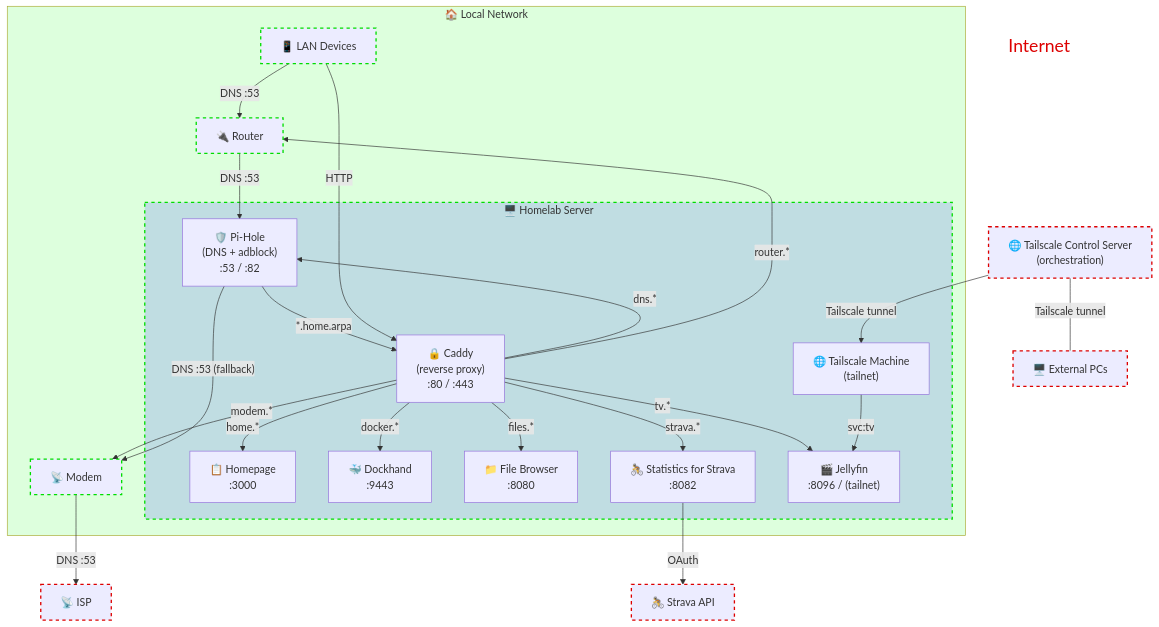
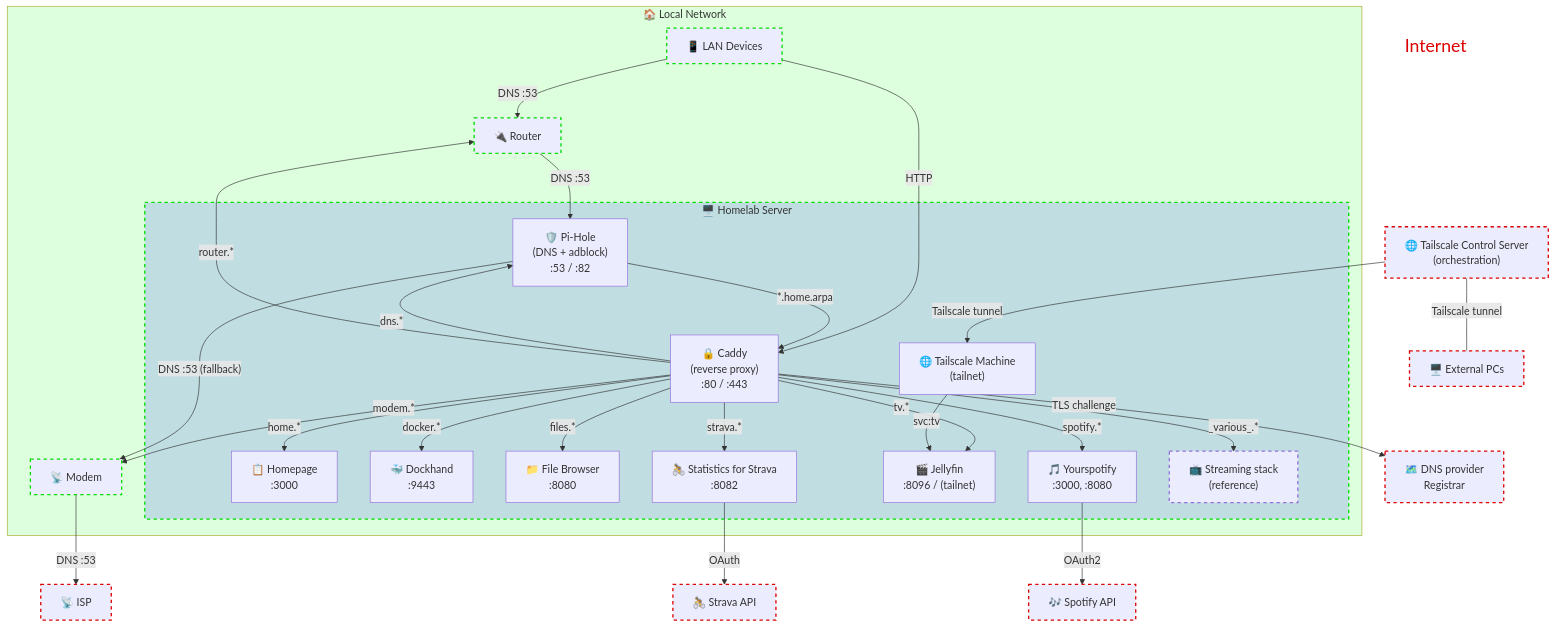
Before and after one commit to vis4rd/homelab: the diagram in README.md, drawn with Mermaid. The commit also changed other lines of this file and 1 other file, not shown here.

Commit message:
Write docs about wireguard tunnel setup (client side)

````diff
--- a/README.md
+++ b/README.md
@@ -17,68 +23,79 @@
 ```mermaid
 graph TB
     FreeLabel["Internet"]:::invisible
 
     ExtPC["🖥️ External PCs"]
     Strava_API["🚴 Strava API"]
     Tailscale_Server["🌐 Tailscale Control Server<br/>(orchestration)"]
     ISP["📡 ISP"]
+    DNSSP["🗺️ DNS provider<br/>Registrar"]
+    Spotify_API["🎶 Spotify API"]
 
     subgraph LAN["🏠 Local Network"]
         Router["🔌 Router"]
         Modem["📡 Modem"]
         LAN_Devices["📱 LAN Devices"]
 
         subgraph Host["🖥️ Homelab Server"]
             Caddy["🔒 Caddy<br/>(reverse proxy)<br/>:80 / :443"]
             Homepage["📋 Homepage<br/>:3000"]
             PiHole["🛡️ Pi-Hole<br/>(DNS + adblock)<br/>:53 / :82"]
             Dockhand["🐳 Dockhand<br/>:9443"]
             Filebrowser["📁 File Browser<br/>:8080"]
             SFS["🚴 Statistics for Strava<br/>:8082"]
             Jellyfin["🎬 Jellyfin<br/>:8096 / (tailnet)"]
+            Yourspotify["🎵 Yourspotify<br/>:3000, :8080"]
+            Streaming["📺 Streaming stack<br/>(reference)"]
 
             Tailscale["🌐 Tailscale Machine<br/>(tailnet)"]
         end
     end
+
+    %% LAN device access
+    LAN_Devices -->|"HTTP"| Caddy
 
     %% Caddy reverse proxies
     Caddy -->|"home.*"| Homepage
     Caddy -->|"dns.*"| PiHole
     Caddy -->|"docker.*"| Dockhand
     Caddy -->|"files.*"| Filebrowser
     Caddy -->|"tv.*"| Jellyfin
     Caddy -->|"strava.*"| SFS
     Caddy -->|"router.*"| Router
     Caddy -->|"modem.*"| Modem
+    Caddy -->|"spotify.*"| Yourspotify
+    Caddy -->|"_various_.*"| Streaming
+
+    %% Caddy uses DNS service provider for DNS-01 TLS challenge
+    Caddy -->|"TLS challenge"| DNSSP
 
     %% Tailscale proxies Jellyfin externally
     Tailscale -->|"svc:tv"| Jellyfin
 
     %% DNS resolution
     LAN_Devices -->|"DNS :53"| Router
     Router -->|"DNS :53"| PiHole
     PiHole -->|"DNS :53 (fallback)"| Modem
     Modem -->|"DNS :53"| ISP
     PiHole -->|"*.home.arpa"| Caddy
 
     %% External access
-    %% ExtPC ===|"Tailscale tunnel"|
     Tailscale_Server ---|"Tailscale tunnel"| ExtPC
     Tailscale_Server -->|"Tailscale tunnel"| Tailscale
     SFS -->|"OAuth"| Strava_API
-
-    %% LAN device access
-    LAN_Devices -->|"HTTP"| Caddy
+    Yourspotify -->|"OAuth2"| Spotify_API
 
     %% Styling
     classDef invisible fill:none,stroke:none,color:#dd0000,font-size:20pt
     classDef localdevice stroke:#00dd00,stroke-dasharray: 5 5,stroke-width:2px
     classDef externaldevice stroke:#dd0000,stroke-dasharray: 5 5,stroke-width:2px
     classDef localnet fill:#00ff0022
     classDef dockernet fill:#0000ff22
+    classDef reference stroke-dasharray: 5 5,stroke-width:2px
 
     class Router,Modem,LAN_Devices,Host localdevice
-    class ExtPC,Tailscale_Server,Strava_API,ISP externaldevice
+    class ExtPC,Tailscale_Server,Strava_API,ISP,DNSSP,Spotify_API externaldevice
     class LAN localnet
     class Host dockernet
+    class Streaming reference
 ```
````
